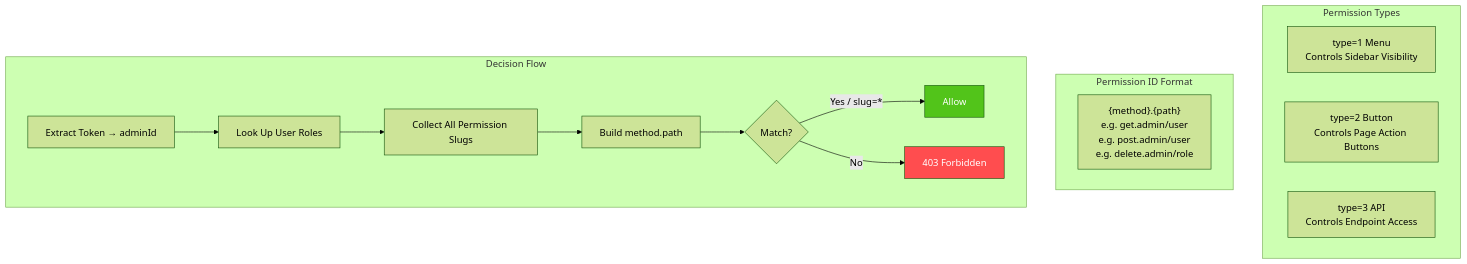
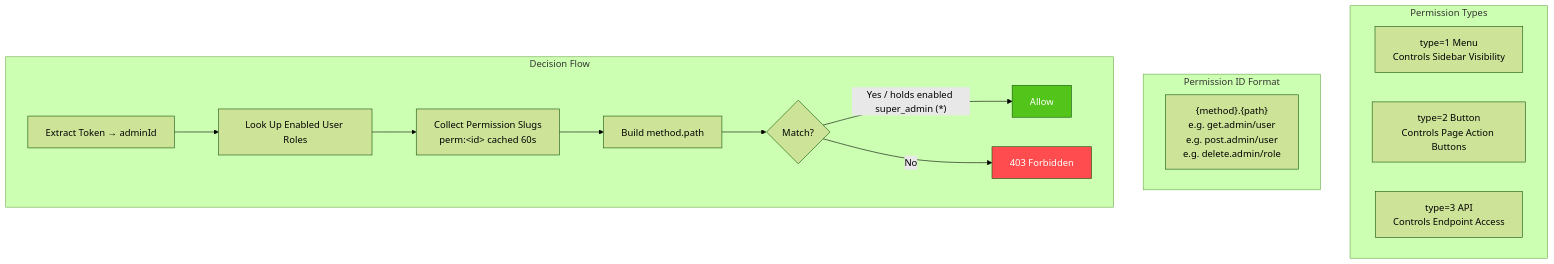
The sixth of 14 diagrams in docs/ARCHITECTURE.en.md (erikwang2013/open-admin), drawn with Mermaid (forest theme) before and after one commit. The commit also changed other lines of this file and 62 other files, not shown here.

````diff
--- a/docs/ARCHITECTURE.en.md
+++ b/docs/ARCHITECTURE.en.md
@@ -313,32 +324,32 @@
 ```mermaid
 flowchart TD
     subgraph "Permission Types"
         T1["type=1 Menu<br/>Controls Sidebar Visibility"]
         T2["type=2 Button<br/>Controls Page Action Buttons"]
         T3["type=3 API<br/>Controls Endpoint Access"]
     end
 
     subgraph "Permission ID Format"
         F1["{method}.{path}<br/>e.g. get.admin/user<br/>e.g. post.admin/user<br/>e.g. delete.admin/role"]
     end
 
     subgraph "Decision Flow"
         J1["Extract Token → adminId"]
-        J2["Look Up User Roles"]
-        J3["Collect All Permission Slugs"]
+        J2["Look Up Enabled User Roles"]
+        J3["Collect Permission Slugs<br/>perm:&lt;id&gt; cached 60s"]
         J4["Build method.path"]
         J5{"Match?"}
         J6["Allow"]
         J7["403 Forbidden"]
 
         J1 --> J2
         J2 --> J3
         J3 --> J4
         J4 --> J5
-        J5 -->|"Yes / slug=*"| J6
+        J5 -->|"Yes / holds enabled super_admin (*)"| J6
         J5 -->|"No"| J7
     end
 
     style J6 fill:#52C41A,color:#fff
     style J7 fill:#FF4D4F,color:#fff
 ```
````
